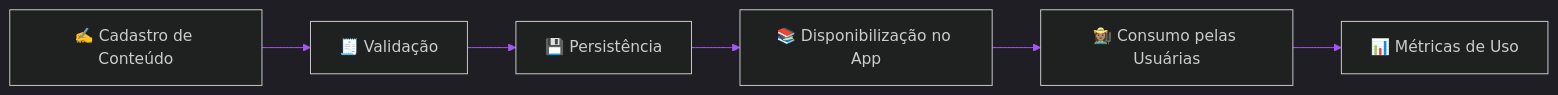
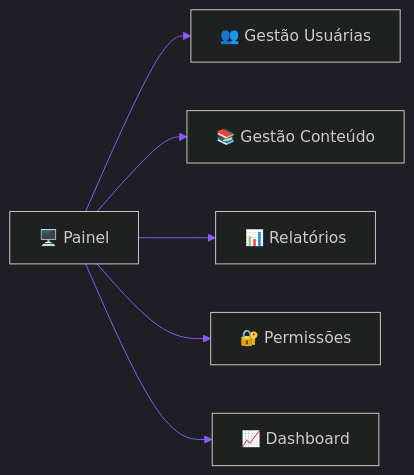
Before and after one commit to matheusdiamantino-betalent/questions-ai: the fifth of 7 diagrams in test.md, drawn with Mermaid. The commit also changed other lines of this file, not shown here.

````diff
--- a/test.md
+++ b/test.md
@@ -548,18 +414,17 @@
 ```mermaid
 %%{init: {
-  'theme': 'dark',
-  'themeVariables': {
-    'background': '#020617',
-    'primaryColor': '#22D3EE',
-    'primaryBorderColor': '#A3E635',
-    'primaryTextColor': '#ECFEFF',
-    'lineColor': '#A855F7'
-  }
-}}%%
+'theme':'dark',
+'themeVariables':{
+'background':'#020617',
+'primaryColor':'#00E5FF',
+'primaryTextColor':'#F8FAFC',
+'primaryBorderColor':'#39FF14',
+'lineColor':'#8B5CF6'
+}}}%%
 flowchart LR
-A[✍️ Cadastro de Conteúdo] --> B[🧾 Validação]
-B --> C[💾 Persistência]
-C --> D[📚 Disponibilização no App]
-D --> E[👩🏽‍🌾 Consumo pelas Usuárias]
-E --> F[📊 Métricas de Uso]
+A[🖥️ Painel] --> B[👥 Gestão Usuárias]
+A --> C[📚 Gestão Conteúdo]
+A --> D[📊 Relatórios]
+A --> E[🔐 Permissões]
+A --> F[📈 Dashboard]
 ```
````
